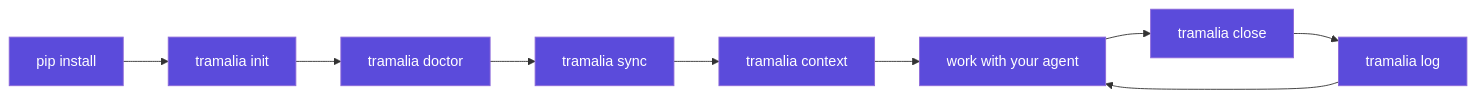
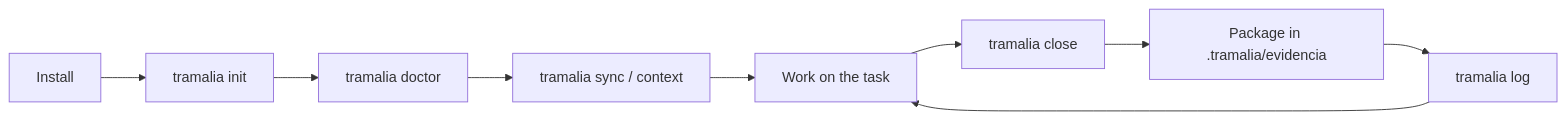
The first of 2 diagrams in docs/flujo-completo.en.md (MscottB/tramalia), drawn with Mermaid before and after one commit. The commit also changed other lines of this file and 14 other files, not shown here.

````diff
--- a/docs/flujo-completo.en.md
+++ b/docs/flujo-completo.en.md
@@ -9,12 +10,11 @@
 ```mermaid
 flowchart LR
-    classDef step fill:#5b4bdb,stroke:#8c68d9,color:#ffffff;
-    A["pip install"]:::step --> B["tramalia init"]:::step
-    B --> C["tramalia doctor"]:::step
-    C --> D["tramalia sync"]:::step
-    D --> E["tramalia context"]:::step
-    E --> F["work with your agent"]:::step
-    F --> G["tramalia close"]:::step
-    G --> H["tramalia log"]:::step
-    H --> F
+    A["Install"] --> B["tramalia init"]
+    B --> C["tramalia doctor"]
+    C --> D["tramalia sync / context"]
+    D --> E["Work on the task"]
+    E --> F["tramalia close"]
+    F --> G["Package in .tramalia/evidencia"]
+    G --> H["tramalia log"]
+    H --> E
 ```
````
